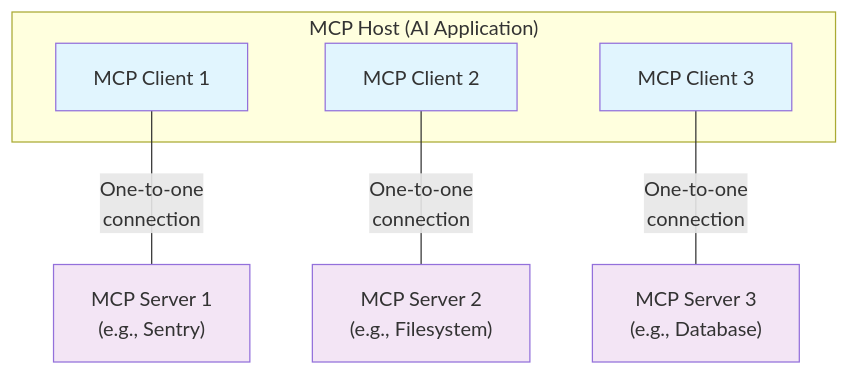
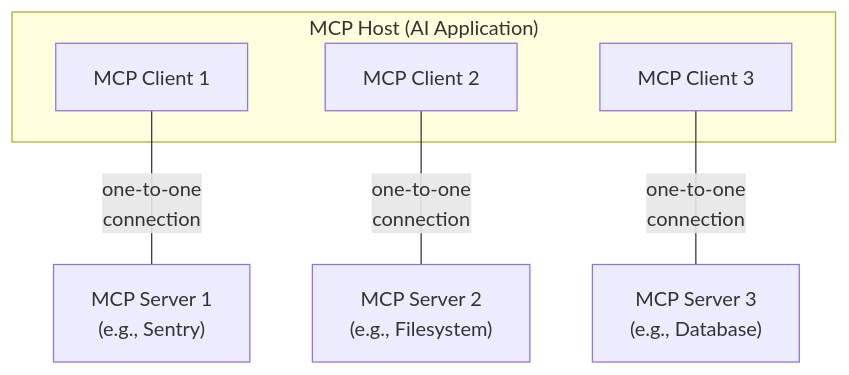
The diagram in docs/docs/learn/architecture.mdx (modelcontextprotocol/modelcontextprotocol), drawn with Mermaid before and after one commit. The commit also changed 5 other files, not shown here.

````diff
--- a/docs/docs/learn/architecture.mdx
+++ b/docs/docs/learn/architecture.mdx
@@ -43,23 +43,16 @@
 ```mermaid
 graph TB
     subgraph "MCP Host (AI Application)"
         Client1["MCP Client 1"]
         Client2["MCP Client 2"]
         Client3["MCP Client 3"]
     end
 
     Server1["MCP Server 1<br/>(e.g., Sentry)"]
     Server2["MCP Server 2<br/>(e.g., Filesystem)"]
     Server3["MCP Server 3<br/>(e.g., Database)"]
 
-    Client1 ---|"One-to-one<br/>connection"| Server1
-    Client2 ---|"One-to-one<br/>connection"| Server2
-    Client3 ---|"One-to-one<br/>connection"| Server3
-
-    style Client1 fill:#e1f5fe
-    style Client2 fill:#e1f5fe
-    style Client3 fill:#e1f5fe
-    style Server1 fill:#f3e5f5
-    style Server2 fill:#f3e5f5
-    style Server3 fill:#f3e5f5
+    Client1 ---|"one-to-one<br/>connection"| Server1
+    Client2 ---|"one-to-one<br/>connection"| Server2
+    Client3 ---|"one-to-one<br/>connection"| Server3
 ```
````
